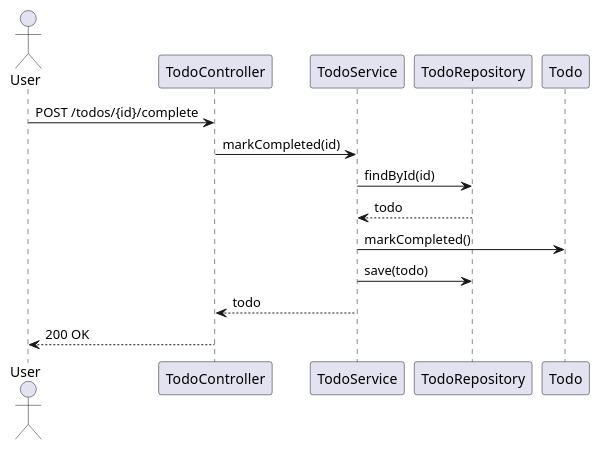
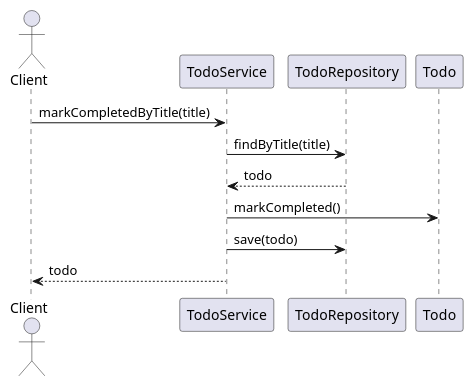
The third of 3 diagrams in todo.puml (ISEP-Projects-JH/Todo), drawn with PlantUML before and after one commit. The commit also changed other lines of this file, not shown here.

First line of the commit message:
refactor(documentation): update puml diagrams to reflect refined domain and services

```diff
--- a/todo.puml
+++ b/todo.puml
@@ -111,15 +79,12 @@
 @startuml
-actor User
-participant TodoController
+actor Client
 participant TodoService
 participant TodoRepository
 
-User -> TodoController : POST /todos/{id}/complete
-TodoController -> TodoService : markCompleted(id)
-TodoService -> TodoRepository : findById(id)
+Client -> TodoService : markCompletedByTitle(title)
+TodoService -> TodoRepository : findByTitle(title)
 TodoRepository --> TodoService : todo
 TodoService -> Todo : markCompleted()
 TodoService -> TodoRepository : save(todo)
-TodoService --> TodoController : todo
-TodoController --> User : 200 OK
+TodoService --> Client : todo
 @enduml
```
